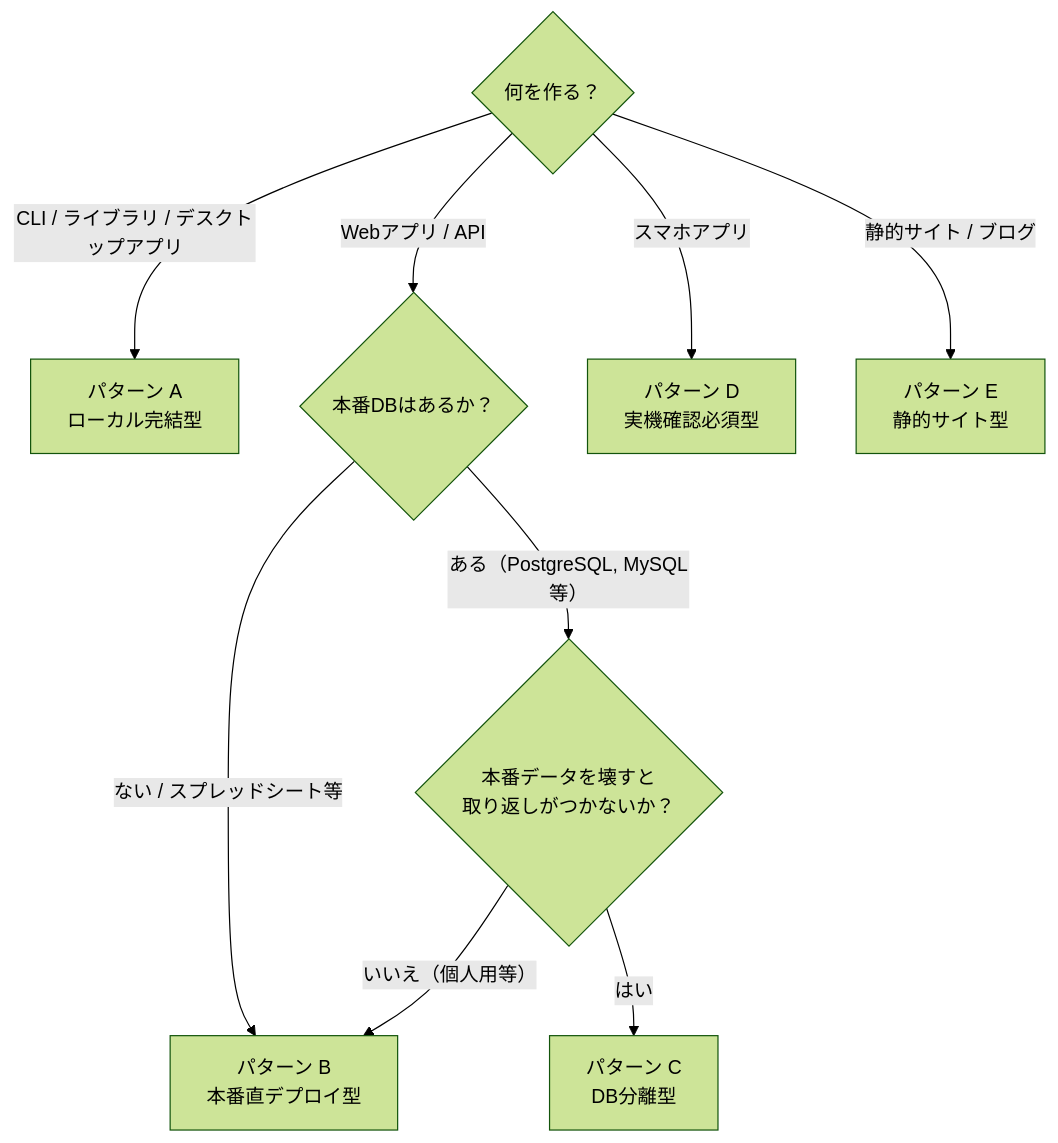
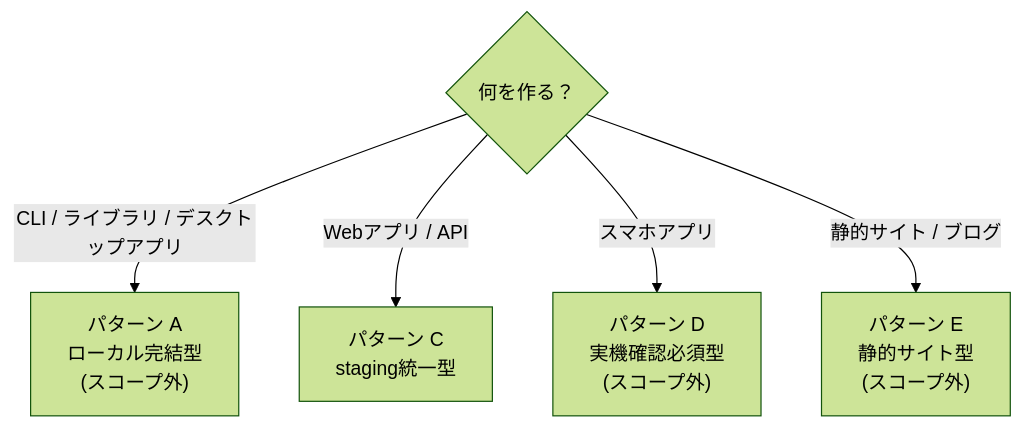
One commit to nyan-tama/Ghostrunner changed the first of 9 diagrams in 開発/検討中/2026-03-02_デプロイフローパターン定型化.md. Above: the diagram before and after it, drawn with Mermaid (forest theme). The commit also changed other lines of this file, not shown here.

Commit message:
docs: DB系エージェントをpg-*に命名変更、PostgreSQL+GORM構成を確定、CLAUDE.md設定例を追加

````diff
--- a/開発/検討中/2026-03-02_デプロイフローパターン定型化.md
+++ b/開発/検討中/2026-03-02_デプロイフローパターン定型化.md
@@ -160,16 +59,8 @@
 ```mermaid
 flowchart TD
     Q1{"何を作る？"}
-    Q1 -->|"CLI / ライブラリ / デスクトップアプリ"| A["パターン A<br/>ローカル完結型"]
-    Q1 -->|"Webアプリ / API"| Q2
-    Q1 -->|"スマホアプリ"| D["パターン D<br/>実機確認必須型"]
-    Q1 -->|"静的サイト / ブログ"| E["パターン E<br/>静的サイト型"]
-
-    Q2{"本番DBはあるか？"}
-    Q2 -->|"ない / スプレッドシート等"| B["パターン B<br/>本番直デプロイ型"]
-    Q2 -->|"ある（PostgreSQL, MySQL等）"| Q3
-
-    Q3{"本番データを壊すと<br/>取り返しがつかないか？"}
-    Q3 -->|"はい"| C["パターン C<br/>DB分離型"]
-    Q3 -->|"いいえ（個人用等）"| B
+    Q1 -->|"CLI / ライブラリ / デスクトップアプリ"| A["パターン A<br/>ローカル完結型<br/>(スコープ外)"]
+    Q1 -->|"Webアプリ / API"| C["パターン C<br/>staging統一型"]
+    Q1 -->|"スマホアプリ"| D["パターン D<br/>実機確認必須型<br/>(スコープ外)"]
+    Q1 -->|"静的サイト / ブログ"| E["パターン E<br/>静的サイト型<br/>(スコープ外)"]
 ```
````
